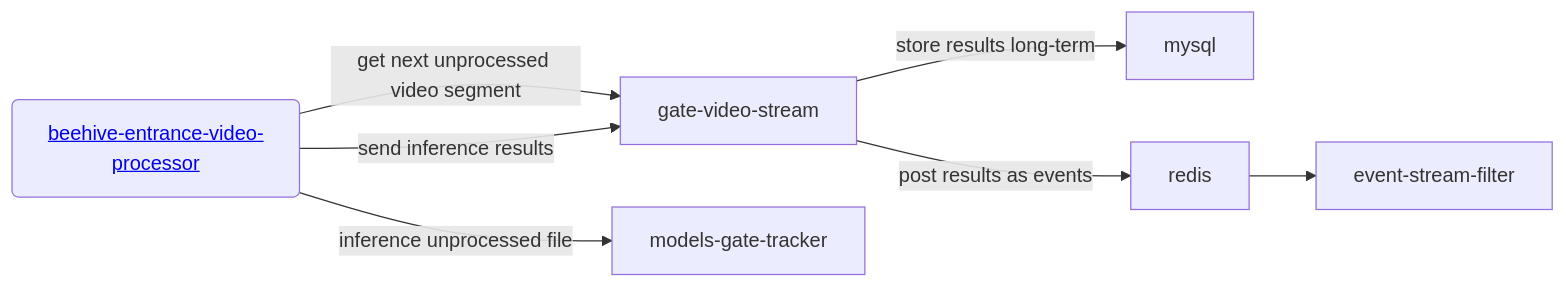
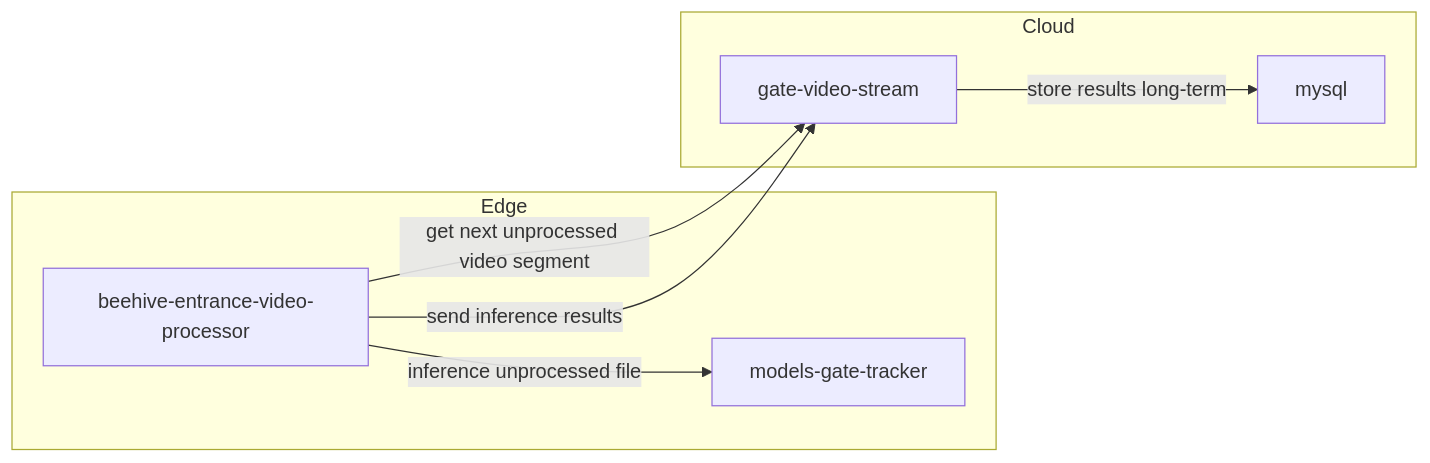
Before and after one commit to Gratheon/beehive-entrance-video-processor: the third of 3 diagrams in README.md, drawn with Mermaid. The commit also changed other lines of this file and 1 other file, not shown here.

````diff
--- a/README.md
+++ b/README.md
@@ -9,8 +29,13 @@
 ```mermaid
 flowchart LR
-	beehive-entrance-video-processor("<a href='https://github.com/Gratheon/beehive-entrance-video-processor'>beehive-entrance-video-processor</a>") --"get next unprocessed video segment"--> gate-video-stream
+
+	subgraph Edge
 	beehive-entrance-video-processor --"inference unprocessed file" --> models-gate-tracker
+	end
+
+	subgraph Cloud
+	beehive-entrance-video-processor --"get next unprocessed video segment"--> gate-video-stream
 	beehive-entrance-video-processor --"send inference results"--> gate-video-stream -- "store results long-term" --> mysql
-	gate-video-stream -- "post results as events" --> redis --> event-stream-filter
-
+	
+	end
 ```
````
